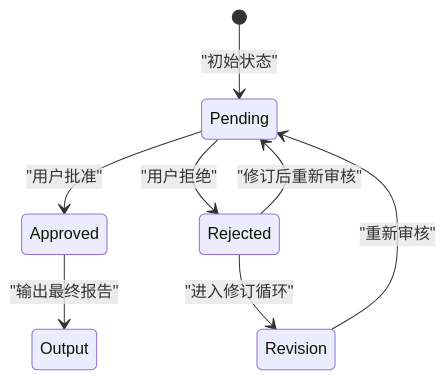
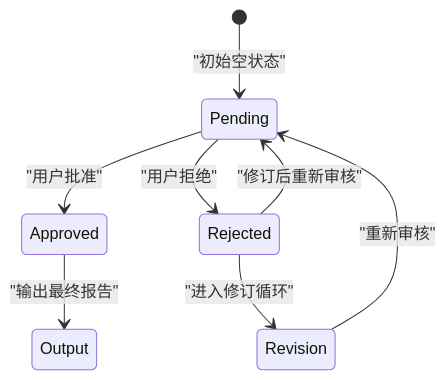
Before and after one commit to sundew26/agent-week3: the fourth of 8 diagrams in .qoder/repowiki/zh/content/系统架构/后端架构/节点系统架构/审核节点 (review_node).md, drawn with Mermaid. The commit also changed other lines of this file and 42 other files, not shown here.

````diff
--- a/.qoder/repowiki/zh/content/系统架构/后端架构/节点系统架构/审核节点 (review_node).md
+++ b/.qoder/repowiki/zh/content/系统架构/后端架构/节点系统架构/审核节点 (review_node).md
@@ -193,10 +199,10 @@
 ```mermaid
 stateDiagram-v2
-[*] --> Pending : "初始状态"
+[*] --> Pending : "初始空状态"
 Pending --> Approved : "用户批准"
 Pending --> Rejected : "用户拒绝"
 Rejected --> Pending : "修订后重新审核"
 Approved --> Output : "输出最终报告"
 Rejected --> Revision : "进入修订循环"
 Revision --> Pending : "重新审核"
 ```
````
